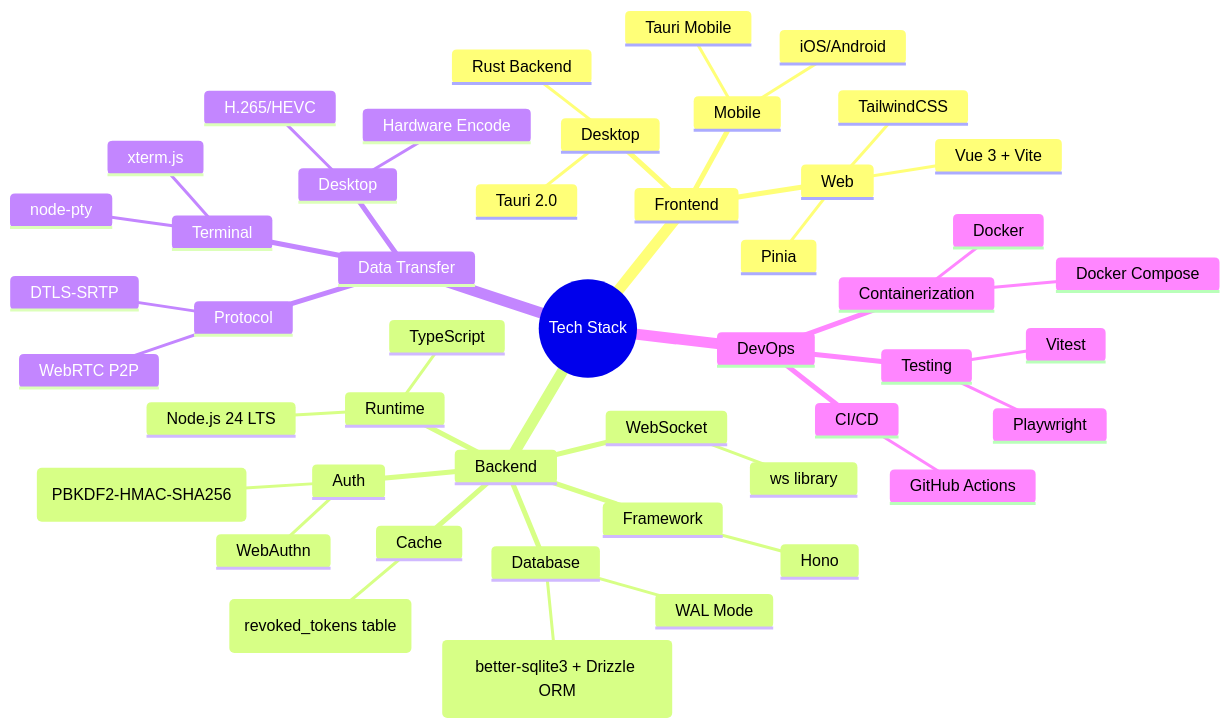
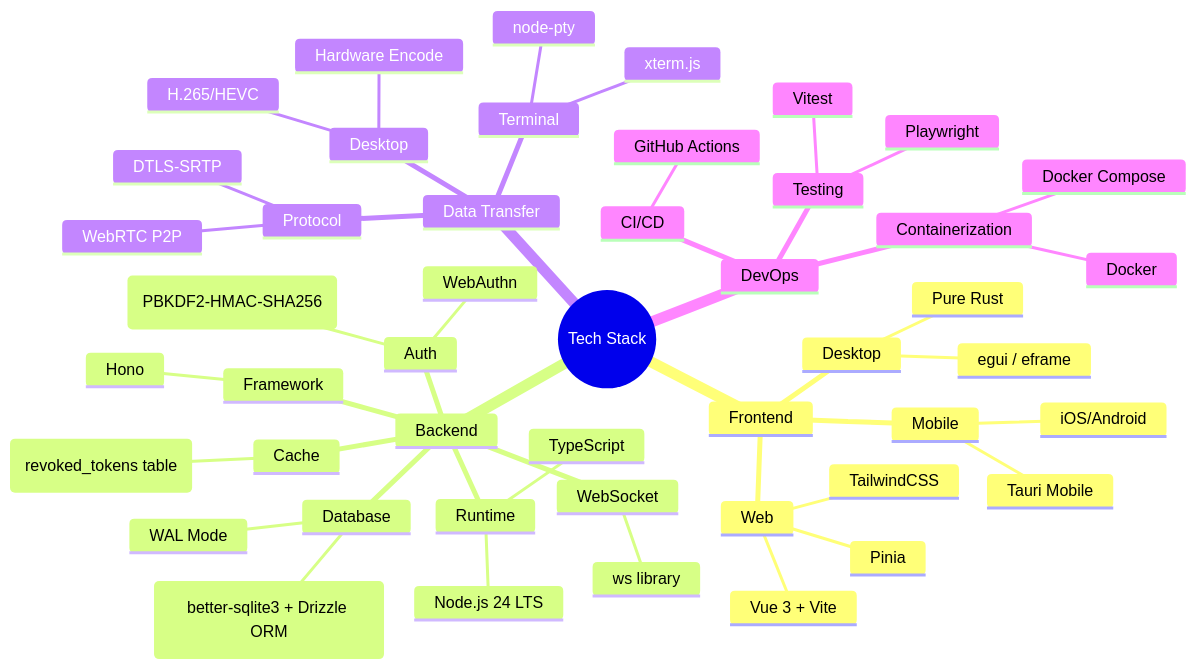
Before and after one commit to ngotuananh101/ponter: the first of 4 diagrams in docs/ARCHITECTURE.md, drawn with Mermaid. The commit also changed other lines of this file and 69 other files, not shown here.

````diff
--- a/docs/ARCHITECTURE.md
+++ b/docs/ARCHITECTURE.md
@@ -41,50 +41,50 @@
 ```mermaid
 mindmap
   root((Tech Stack))
     Frontend
       Web
         Vue 3 + Vite
         Pinia
         TailwindCSS
       Desktop
-        Tauri 2.0
-        Rust Backend
+        egui / eframe
+        Pure Rust
       Mobile
         Tauri Mobile
         iOS/Android
     Backend
       Runtime
         Node.js 24 LTS
         TypeScript
       Framework
         Hono
       Database
         SQLite (better-sqlite3 + Drizzle ORM)
         WAL Mode
       WebSocket
         ws library
       Cache
         In-memory (revoked_tokens table)
       Auth
         WebAuthn
         JWT (PBKDF2-HMAC-SHA256)
     Data Transfer
       Protocol
         WebRTC P2P
         DTLS-SRTP
       Terminal
         xterm.js
         node-pty
       Desktop
         H.265/HEVC
         Hardware Encode
     DevOps
       CI/CD
         GitHub Actions
       Testing
         Vitest
         Playwright
       Containerization
         Docker
         Docker Compose
 ```
````
